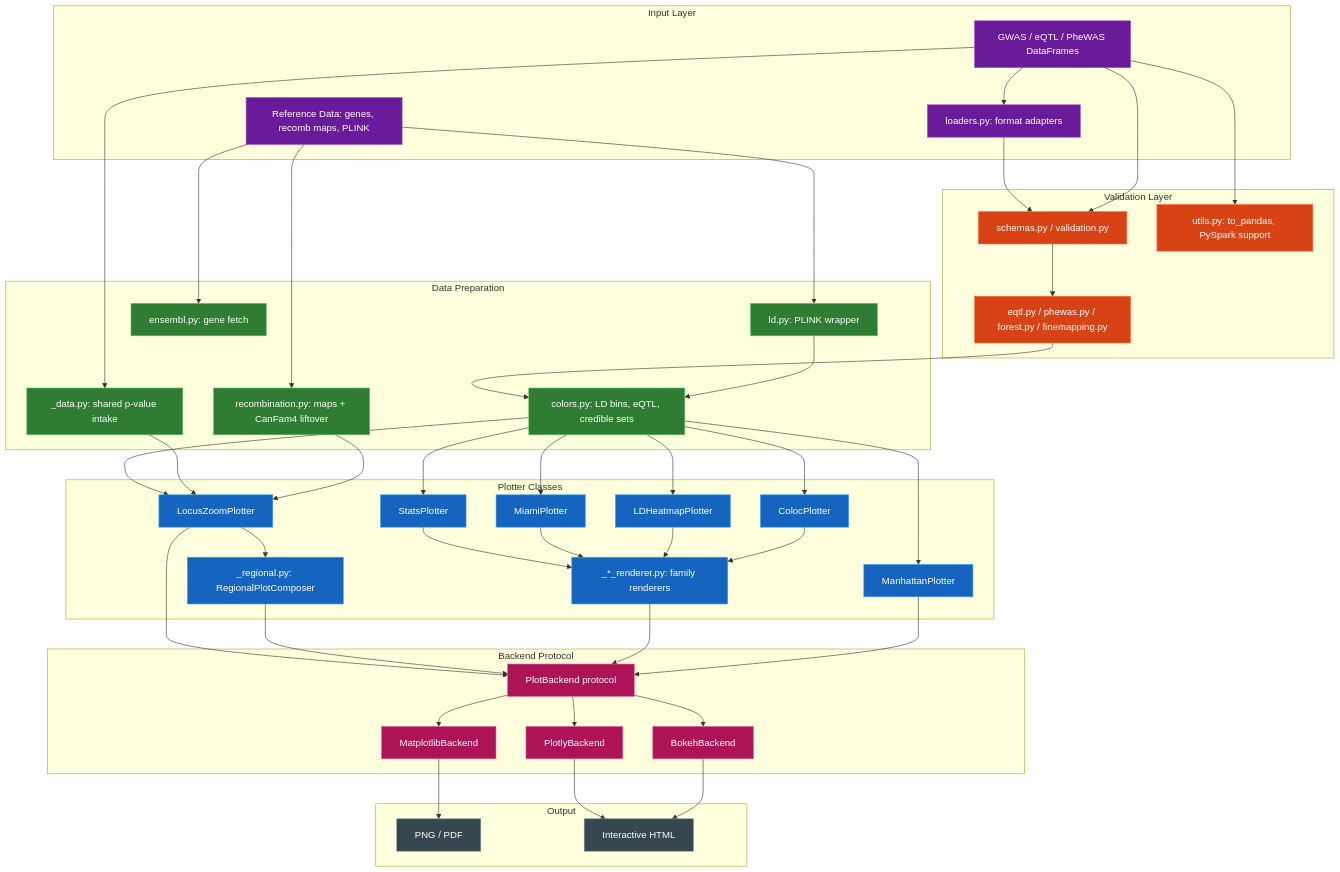
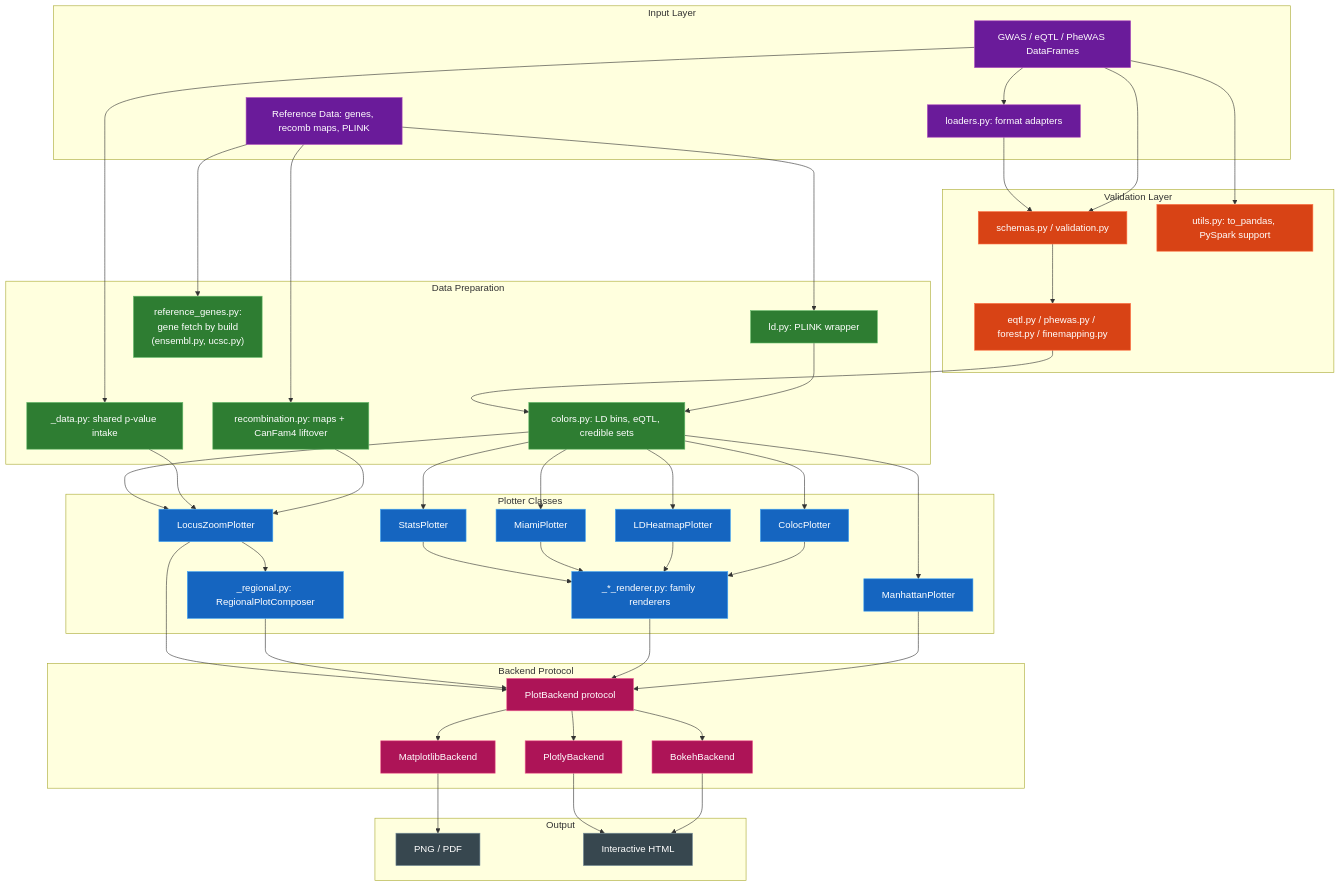
Before and after one commit to michael-denyer/pyLocusZoom: the diagram in docs/ARCHITECTURE.md, drawn with Mermaid. The commit also changed other lines of this file and 17 other files, not shown here.

First line of the commit message:
Serve CanFam3.1, CanFam4 and FelCat9 gene tracks from UCSC (#43)

```diff
--- a/docs/ARCHITECTURE.md
+++ b/docs/ARCHITECTURE.md
@@ -34,7 +34,7 @@
         DATA[_data.py: shared p-value intake]
         LD[ld.py: PLINK wrapper]
         RECOMB[recombination.py: maps + CanFam4 liftover]
-        ENSEMBL[ensembl.py: gene fetch]
+        ENSEMBL["reference_genes.py:<br/>gene fetch by build<br/>(ensembl.py, ucsc.py)"]
         COLORS[colors.py: LD bins, eQTL, credible sets]
     end
 
```
